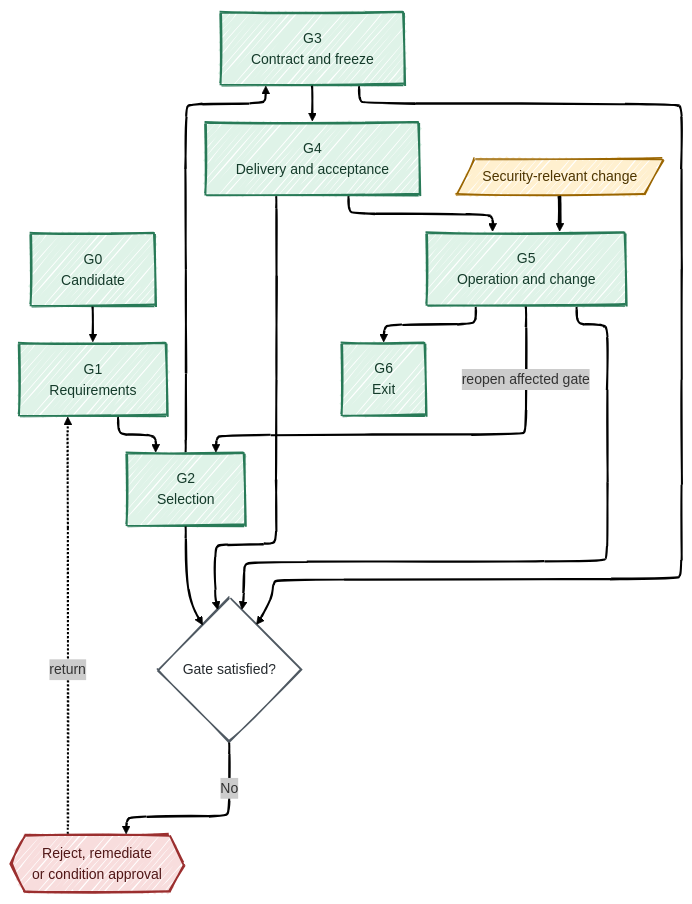
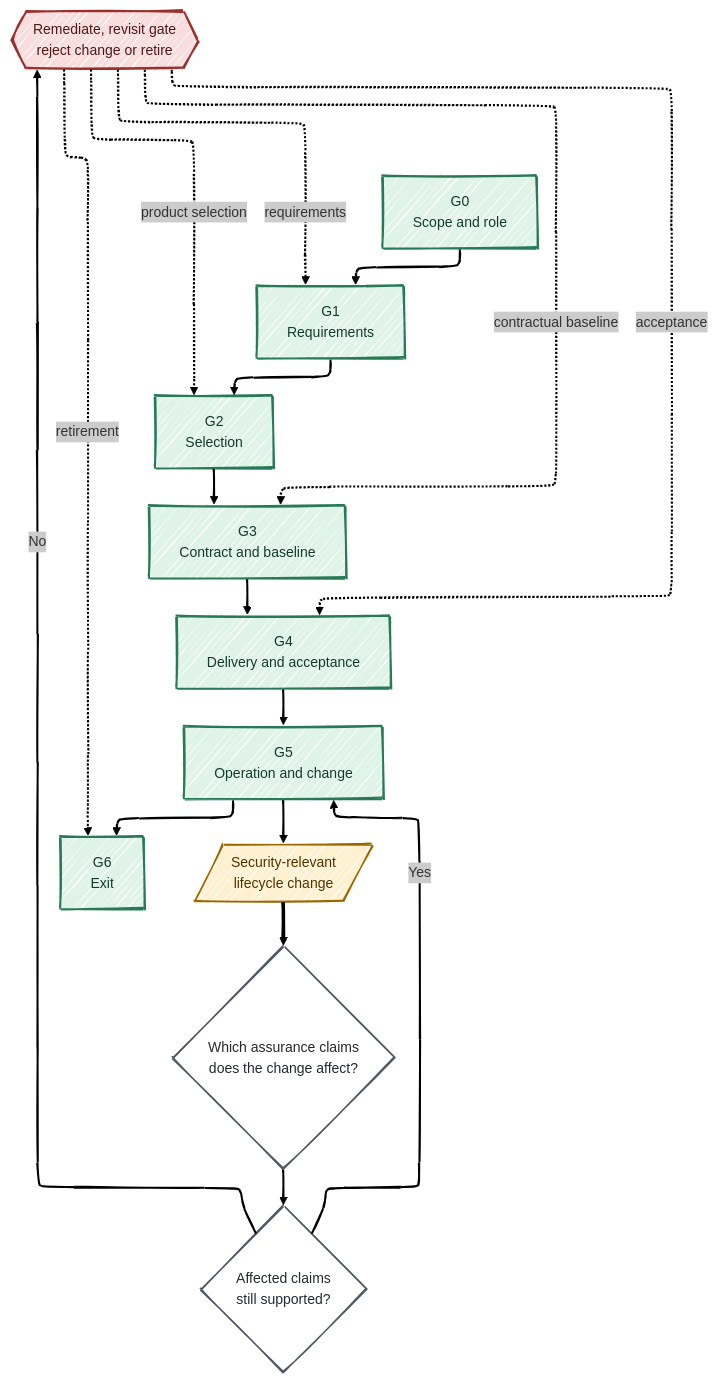
Diagram 15 of 18 in longforms/cyber-resilience-act-the-new-product-security-baseline/index.qmd (antomon/antomon.github.io), drawn with Mermaid before and after one commit. The commit also changed other lines of this file and 54 other files, not shown here.

````diff
--- a/longforms/cyber-resilience-act-the-new-product-security-baseline/index.qmd
+++ b/longforms/cyber-resilience-act-the-new-product-security-baseline/index.qmd
@@ -1132,39 +2941,45 @@
 ```{mermaid}
 %%| label: fig-cyber-resilience-act-the-new-product-security-baseline-assurance-gates
-%%| fig-cap: "Procurement assurance recurs from candidate intake through secure retirement."
-%%| fig-alt: "Seven green gates progress from candidate intake, requirements, selection, contract and design freeze, delivery and acceptance, operation and change, to exit. Each gate can approve, conditionally approve, reject, or return the product for remediation. Amber change events during operation return the product to the relevant earlier gate."
+%%| fig-cap: "Procurement assurance is recurrent: security-relevant lifecycle changes reopen only the decisions and evidence that they affect."
+%%| fig-alt: "Seven assurance gates progress from scope and role determination through requirements, selection, contract and baseline, delivery and acceptance, operation and change, and exit. During operation a security-relevant change enters an impact assessment. The assessment determines which earlier assurance claims are affected. If those claims remain satisfied the product returns to operation; otherwise the organisation remediates, revisits the affected gate, rejects the change or retires the product."
 %%| fig-align: center
 %%{init: {"theme": "neo", "look": "handDrawn", "layout": "elk"}}%%
 flowchart TD
-    G0[G0<br/>Candidate]:::product
+    G0[G0<br/>Scope and role]:::product
     G1[G1<br/>Requirements]:::product
     G2[G2<br/>Selection]:::product
-    G3[G3<br/>Contract and freeze]:::product
+    G3[G3<br/>Contract and baseline]:::product
     G4[G4<br/>Delivery and acceptance]:::product
     G5[G5<br/>Operation and change]:::product
     G6[G6<br/>Exit]:::product
 
-    DECISION{Gate satisfied?}:::test
-    REMEDIATE{{Reject, remediate<br/>or condition approval}}:::enforcement
-    EVENT[/Security-relevant change/]:::overlay
+    EVENT[/Security-relevant<br/>lifecycle change/]:::overlay
+    IMPACT{Which assurance claims<br/>does the change affect?}:::test
+    DECISION{Affected claims<br/>still supported?}:::test
+    REMEDIATE{{Remediate, revisit gate<br/>reject change or retire}}:::enforcement
 
     G0 --> G1
     G1 --> G2
     G2 --> G3
     G3 --> G4
     G4 --> G5
     G5 --> G6
-    G2 --> DECISION
-    G3 --> DECISION
-    G4 --> DECISION
-    G5 --> DECISION
+
+    G5 --> EVENT
+    EVENT ==> IMPACT
+    IMPACT --> DECISION
+
+    DECISION -- Yes --> G5
     DECISION -- No --> REMEDIATE
-    REMEDIATE -. return .-> G1
-    EVENT ==> G5
-    G5 -- reopen affected gate --> G2
+
+    REMEDIATE -. requirements .-> G1
+    REMEDIATE -. product selection .-> G2
+    REMEDIATE -. contractual baseline .-> G3
+    REMEDIATE -. acceptance .-> G4
+    REMEDIATE -. retirement .-> G6
 
     classDef product fill:#dff3e8,stroke:#287a57,stroke-width:2px,color:#153b2b;
     classDef overlay fill:#fff0cf,stroke:#9a6500,stroke-width:1.5px,color:#4d3500;
+    classDef enforcement fill:#f8dddd,stroke:#9b2f2f,stroke-width:2px,color:#501717;
     classDef test fill:#ffffff,stroke:#4f5962,stroke-width:1.5px,color:#252a2e;
-    classDef enforcement fill:#f8dddd,stroke:#9b2f2f,stroke-width:2px,color:#501717;
 ```
````
